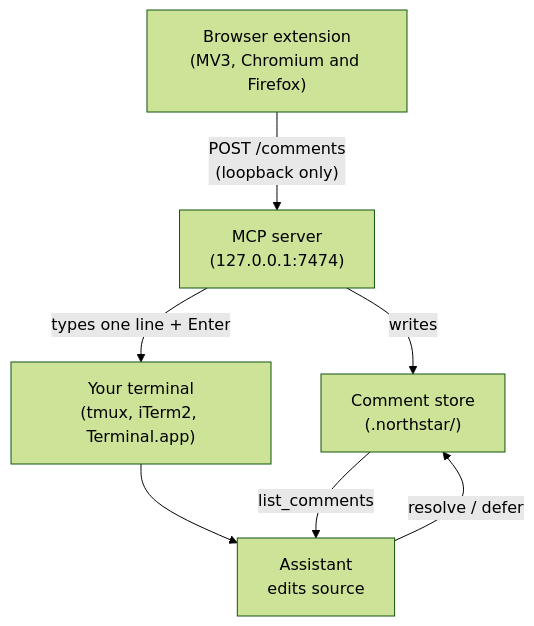
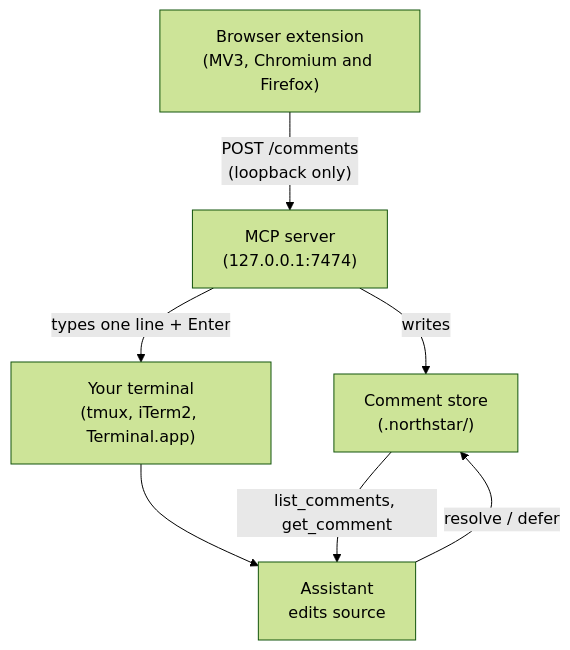
The diagram in README.md (pallandir/northstar), drawn with Mermaid (forest theme) before and after one commit. The commit also changed other lines of this file and 31 other files, not shown here.

Commit message:
feat(mcp): add resolve-comments prompt, get_comment, channel push and origin hardening

````diff
--- a/README.md
+++ b/README.md
@@ -161,15 +202,15 @@
 ```mermaid
 flowchart TD
     A["Browser extension\n(MV3, Chromium and Firefox)"]
     B["MCP server\n(127.0.0.1:7474)"]
     C["Comment store\n(.northstar/)"]
     D["Your terminal\n(tmux, iTerm2, Terminal.app)"]
     E["Assistant\nedits source"]
 
     A -- "POST /comments\n(loopback only)" --> B
     B -- "writes" --> C
     B -- "types one line + Enter" --> D
     D --> E
-    C -- "list_comments" --> E
+    C -- "list_comments, get_comment" --> E
     E -- "resolve / defer" --> C
 ```
````
